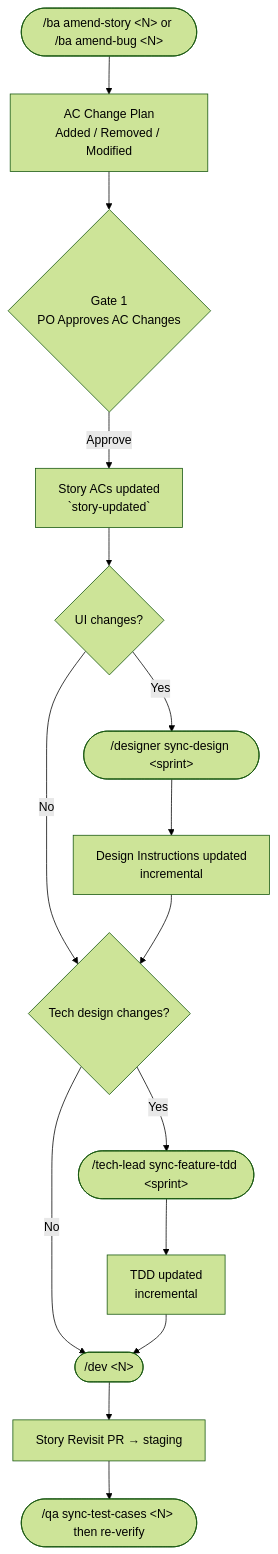
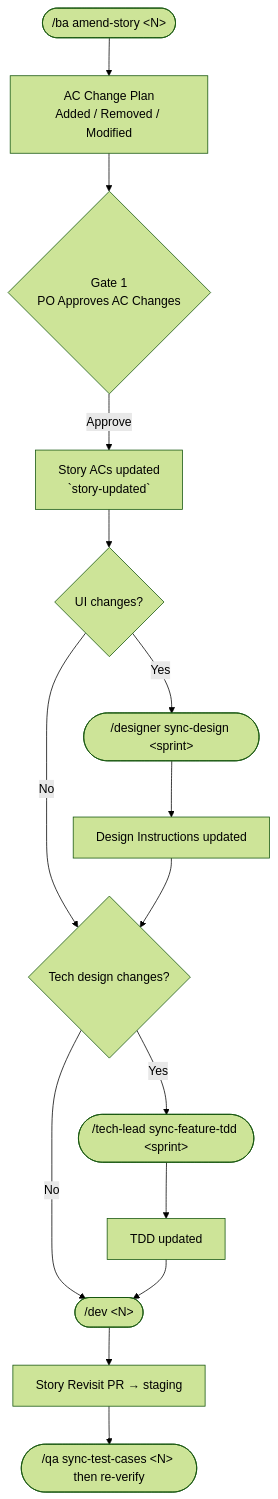
The fifth of 6 diagrams in README.md (simpscal/notism), drawn with Mermaid (forest theme) before and after one commit. The commit also changed other lines of this file and 2 other files, not shown here.

First line of the commit message:
docs(readme): restructure for clarity, add orchestrator architecture diagrams

````diff
--- a/README.md
+++ b/README.md
@@ -131,17 +248,17 @@
 ```mermaid
 flowchart TD
-    A(["/ba amend-story &lt;N&gt; or /ba amend-bug &lt;N&gt;"]) --> B["AC Change Plan\nAdded / Removed / Modified"]
+    A(["/ba amend-story &lt;N&gt;"]) --> B["AC Change Plan\nAdded / Removed / Modified"]
     B --> G1{Gate 1\nPO Approves AC Changes}
     G1 -->|Approve| C["Story ACs updated\n`story-updated`"]
     C --> D{UI changes?}
     D -->|Yes| E(["/designer sync-design &lt;sprint&gt;"])
     D -->|No| F{Tech design changes?}
-    E --> E2["Design Instructions updated\nincremental"]
+    E --> E2["Design Instructions updated"]
     E2 --> F
     F -->|Yes| G(["/tech-lead sync-feature-tdd &lt;sprint&gt;"])
     F -->|No| H(["/dev &lt;N&gt;"])
-    G --> G2["TDD updated\nincremental"]
+    G --> G2["TDD updated"]
     G2 --> H
     H --> I["Story Revisit PR → staging"]
     I --> QA(["/qa sync-test-cases &lt;N&gt; then re-verify"])
 ```
````
